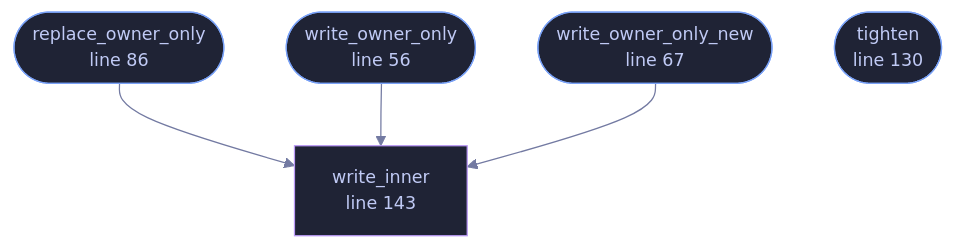
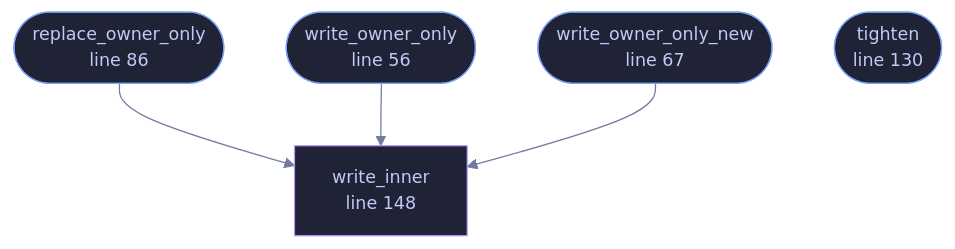
One commit to tilas01/veilvoice changed the diagram in docs/files/veilvoice-crypto/privatefile.md. Above: the diagram before and after it, drawn with Mermaid. The commit also changed other lines of this file and 528 other files, not shown here.

````diff
--- a/docs/files/veilvoice-crypto/privatefile.md
+++ b/docs/files/veilvoice-crypto/privatefile.md
@@ -103,21 +103,21 @@
 ```mermaid
 %%{init: {"theme":"base","themeVariables":{"background":"#1a1b26","primaryColor":"#1f2335","primaryTextColor":"#c0caf5","primaryBorderColor":"#7aa2f7","secondaryColor":"#16161e","tertiaryColor":"#16161e","lineColor":"#737aa2","textColor":"#c0caf5","mainBkg":"#1f2335","nodeBorder":"#7aa2f7","clusterBkg":"#16161e","clusterBorder":"#2f3549","fontFamily":"ui-monospace, SFMono-Regular, Consolas, monospace","fontSize":"14px"}}}%%
 flowchart TD
     n_write_owner_only(["write_owner_only<br/>line 56"])
     n_write_owner_only_new(["write_owner_only_new<br/>line 67"])
     n_replace_owner_only(["replace_owner_only<br/>line 86"])
     n_tighten(["tighten<br/>line 130"])
-    n_write_inner["write_inner<br/>line 143"]
+    n_write_inner["write_inner<br/>line 148"]
     n_replace_owner_only --> n_write_inner
     n_write_owner_only --> n_write_inner
     n_write_owner_only_new --> n_write_inner
     click n_write_owner_only href "https://github.com/tilas01/veilvoice/blob/main/crates/veilvoice-crypto/src/privatefile.rs#L56" "open the source"
     click n_write_owner_only_new href "https://github.com/tilas01/veilvoice/blob/main/crates/veilvoice-crypto/src/privatefile.rs#L67" "open the source"
     click n_replace_owner_only href "https://github.com/tilas01/veilvoice/blob/main/crates/veilvoice-crypto/src/privatefile.rs#L86" "open the source"
     click n_tighten href "https://github.com/tilas01/veilvoice/blob/main/crates/veilvoice-crypto/src/privatefile.rs#L130" "open the source"
-    click n_write_inner href "https://github.com/tilas01/veilvoice/blob/main/crates/veilvoice-crypto/src/privatefile.rs#L143" "open the source"
+    click n_write_inner href "https://github.com/tilas01/veilvoice/blob/main/crates/veilvoice-crypto/src/privatefile.rs#L148" "open the source"
     classDef entry fill:#1f2335,stroke:#7aa2f7,color:#c0caf5
     class n_write_owner_only,n_write_owner_only_new,n_replace_owner_only,n_tighten entry
     classDef helper fill:#1f2335,stroke:#bb9af7,color:#c0caf5
     class n_write_inner helper
 ```
````
